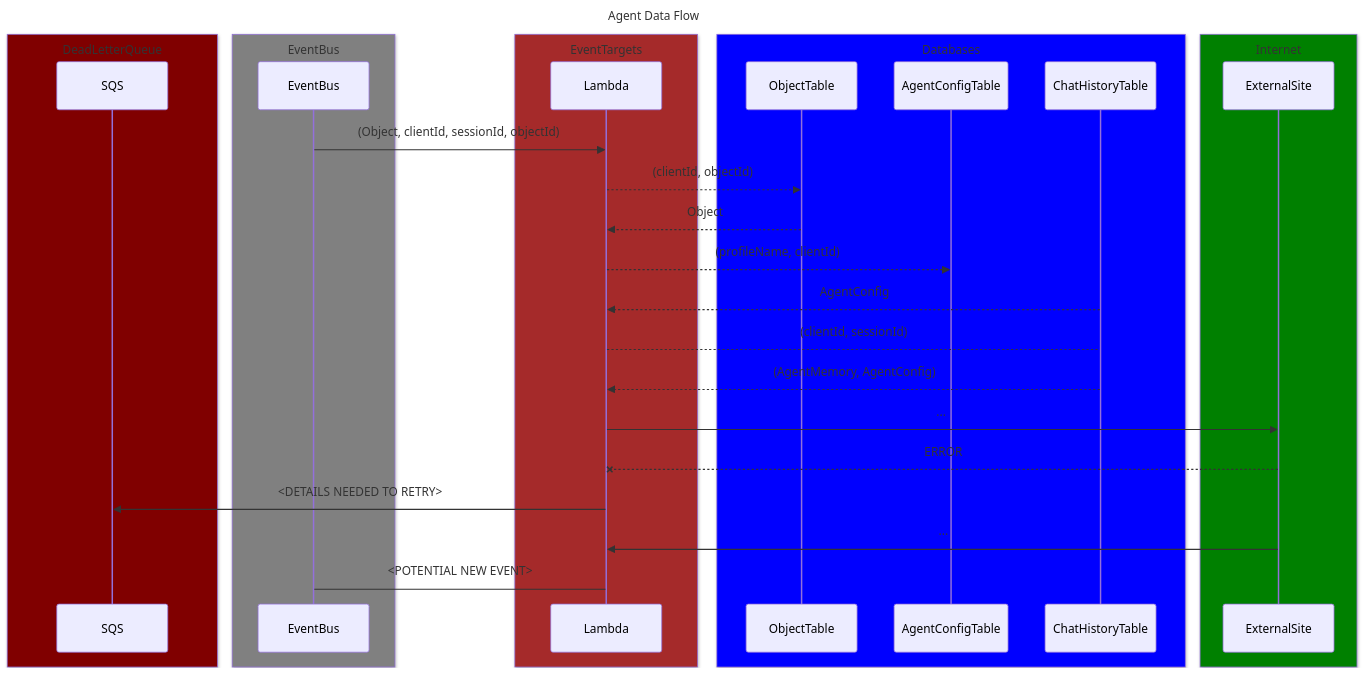
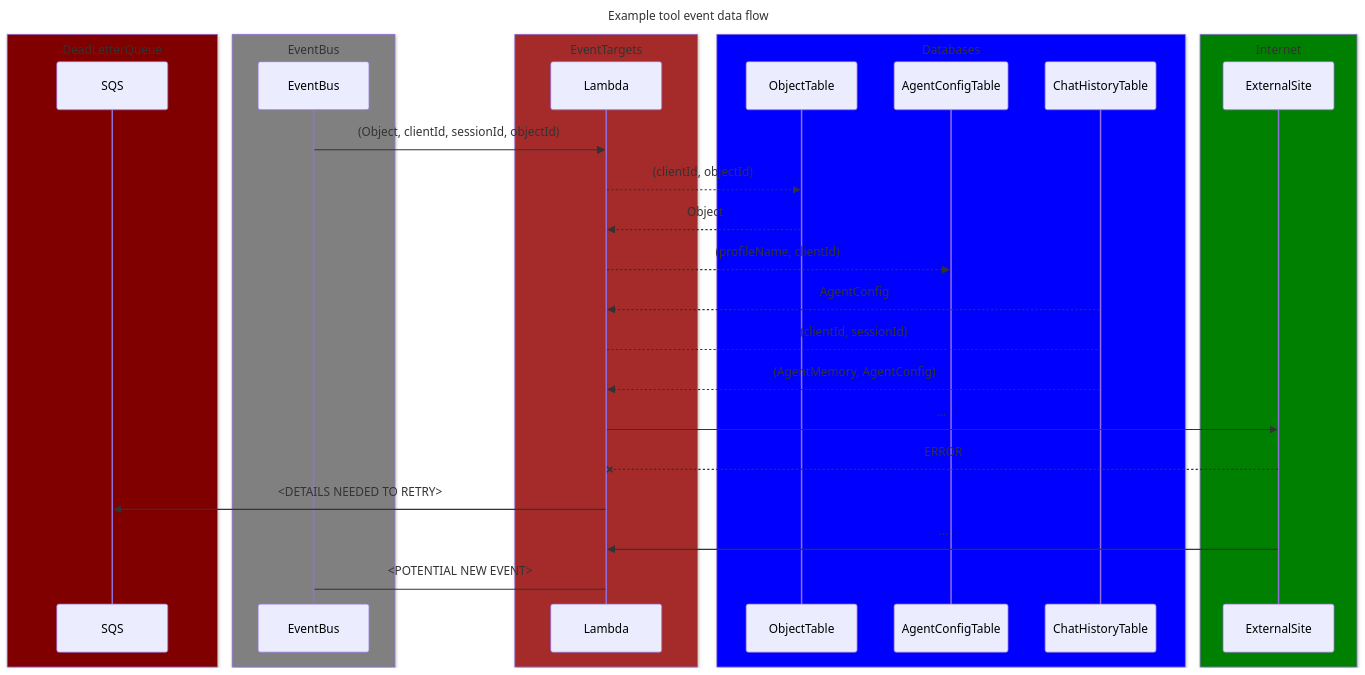
The third of 3 diagrams in README.md (svange/openbrain), drawn with Mermaid before and after one commit. The commit also changed other lines of this file, not shown here.

Commit message:
docs: Updated README diagrams and added email field to API descriptions.

````diff
--- a/README.md
+++ b/README.md
@@ -248,52 +250,52 @@
 ```mermaid
 sequenceDiagram
-    title Agent Data Flow
+    title Example tool event data flow
     participant SQS
     participant EventBus
     participant Lambda
     participant ObjectTable
     participant AgentConfigTable
     participant ChatHistoryTable
     participant ExternalSite
 
     EventBus ->> Lambda: (Object, clientId, sessionId, objectId)
     Lambda -->> ObjectTable: (clientId, objectId)
     ObjectTable -->> Lambda: Object
 
     Lambda -->> AgentConfigTable: (profileName, clientId)
     ChatHistoryTable -->> Lambda: AgentConfig
 
     Lambda --> ChatHistoryTable: (clientId, sessionId)
     ChatHistoryTable -->> Lambda: (AgentMemory, AgentConfig)
 
     Lambda ->> ExternalSite: ...
     ExternalSite --x Lambda: ERROR
     Lambda ->> SQS: <DETAILS NEEDED TO RETRY>
     ExternalSite ->> Lambda: ...
 
     Lambda -> EventBus: <POTENTIAL NEW EVENT>
 
     box maroon DeadLetterQueue
         participant SQS
     end
 
     box blue Databases
         participant ObjectTable
         participant AgentConfigTable
         participant ChatHistoryTable
     end
 
     box gray EventBus
         participant EventBus
     end
 
     box brown EventTargets
         participant Lambda
     end
 
     box green Internet
         participant ExternalSite
     end
 
 
 ```
````
